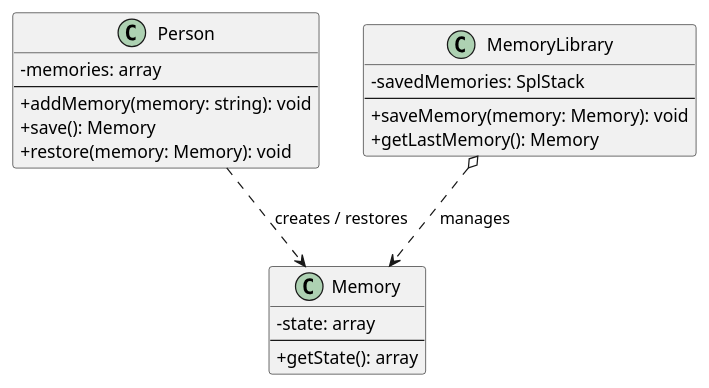
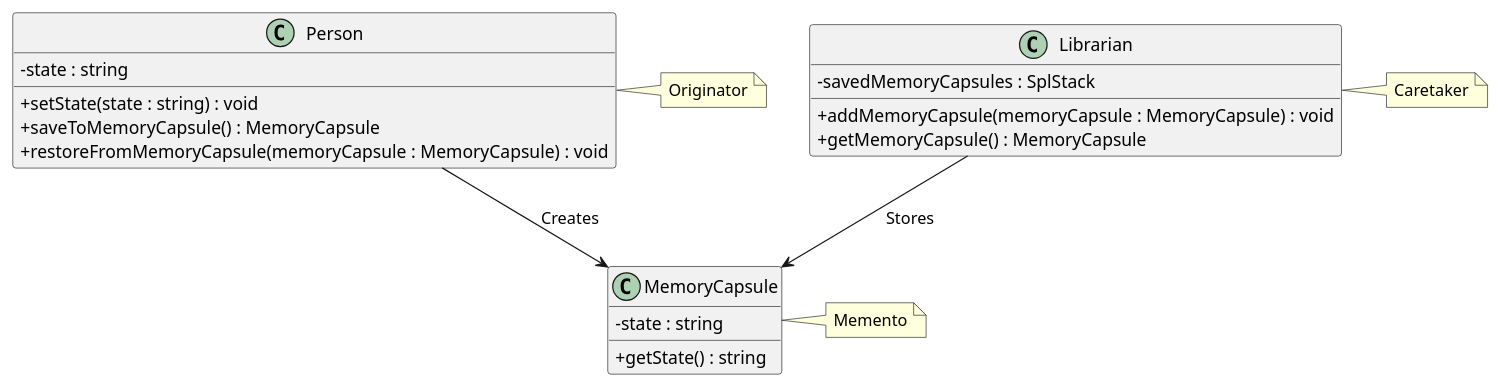
The diagram in diagrams/DesignPatterns/Behavioral/Examples/Memento.pu (growthcodeoficial/ADC-design-patterns-php), drawn with PlantUML before and after one commit. The commit also changed 5 other files, not shown here.

```diff
--- a/diagrams/DesignPatterns/Behavioral/Examples/Memento.pu
+++ b/diagrams/DesignPatterns/Behavioral/Examples/Memento.pu
@@ -1,31 +1,27 @@
 @startuml MementoComplete
     skinparam classAttributeIconSize 0
 
-    ' Memento
-    class Memory {
-        - state: array
-        ---
-        + getState(): array
+    class MemoryCapsule {
+        -state : string
+        +getState() : string
     }
-
-    ' Originator
+    
     class Person {
-        - memories: array
-        ---
-        + addMemory(memory: string): void
-        + save(): Memory
-        + restore(memory: Memory): void
+        -state : string
+        +setState(state : string) : void
+        +saveToMemoryCapsule() : MemoryCapsule
+        +restoreFromMemoryCapsule(memoryCapsule : MemoryCapsule) : void
     }
-
-    ' Caretaker
-    class MemoryLibrary {
-        - savedMemories: SplStack
-        ---
-        + saveMemory(memory: Memory): void
-        + getLastMemory(): Memory
+    
+    class Librarian {
+        -savedMemoryCapsules : SplStack
+        +addMemoryCapsule(memoryCapsule : MemoryCapsule) : void
+        +getMemoryCapsule() : MemoryCapsule
     }
-
-    ' Relationships
-    MemoryLibrary o..> Memory: manages
-    Person ..> Memory: creates / restores
+    
+    Person --> MemoryCapsule : Creates
+    Librarian --> MemoryCapsule : Stores
+    note right of Person : Originator
+    note right of MemoryCapsule : Memento
+    note right of Librarian : Caretaker
 @enduml
```
